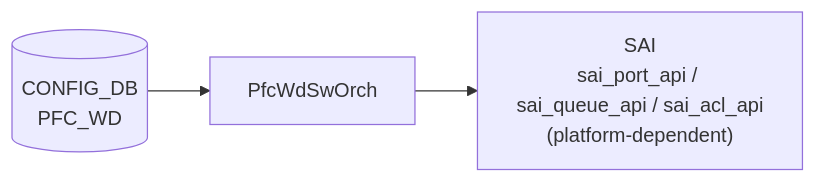
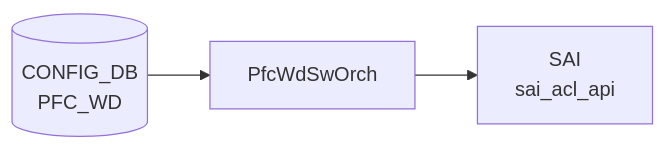
One commit to aoki-taquan/sonic-unofficial-docs changed the diagram in docs/reference/config-db/pfc-wd.md. Above: the diagram before and after it, drawn with Mermaid. The commit also changed 10 other files, not shown here.

````diff
--- a/docs/reference/config-db/pfc-wd.md
+++ b/docs/reference/config-db/pfc-wd.md
@@ -32,8 +32,8 @@
 ```mermaid
 flowchart LR
   CDB[("CONFIG_DB<br/>PFC_WD")]
   DM["PfcWdSwOrch"]
   CDB --> DM
-  SAI["SAI<br/>sai_port_api / sai_queue_api / sai_acl_api<br/>(platform-dependent)"]
+  SAI["SAI<br/>sai_acl_api"]
   DM --> SAI
 ```
````
